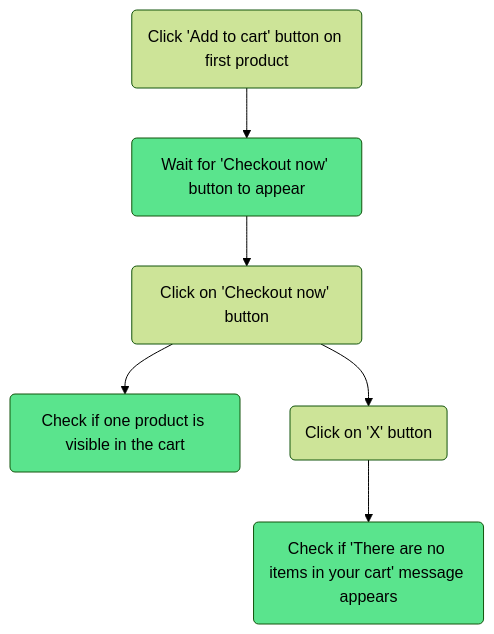
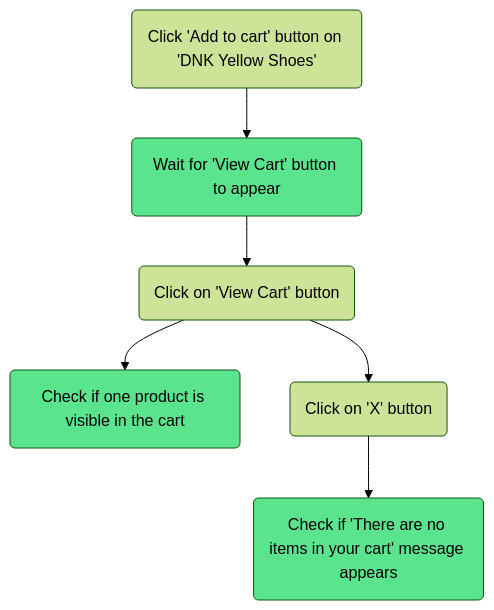
The third of 3 diagrams in packages/documentation/docs/scenarios/my-cart.md (viksarda/qa-task), drawn with Mermaid (forest theme) before and after one commit. The commit also changed other lines of this file and 12 other files, not shown here.

````diff
--- a/packages/documentation/docs/scenarios/my-cart.md
+++ b/packages/documentation/docs/scenarios/my-cart.md
@@ -92,13 +92,13 @@
 ```mermaid
 graph TD;
-    id1(Click 'Add to cart' button on first product)-->id2(Wait for 'Checkout now' button to appear)
-    id2-->id3(Click on 'Checkout now' button)
+    id1(Click 'Add to cart' button on 'DNK Yellow Shoes')-->id2(Wait for 'View Cart' button to appear)
+    id2-->id3(Click on 'View Cart' button)
     id3-->id4(Check if one product is visible in the cart)
     id3-->id5(Click on 'X' button)
     id5-->id6(Check if 'There are no items in your cart' message appears)
 
 
     style id2 fill:#5AE48D,color:#000000
     style id4 fill:#5AE48D,color:#000000
     style id6 fill:#5AE48D,color:#000000
 ```
````
